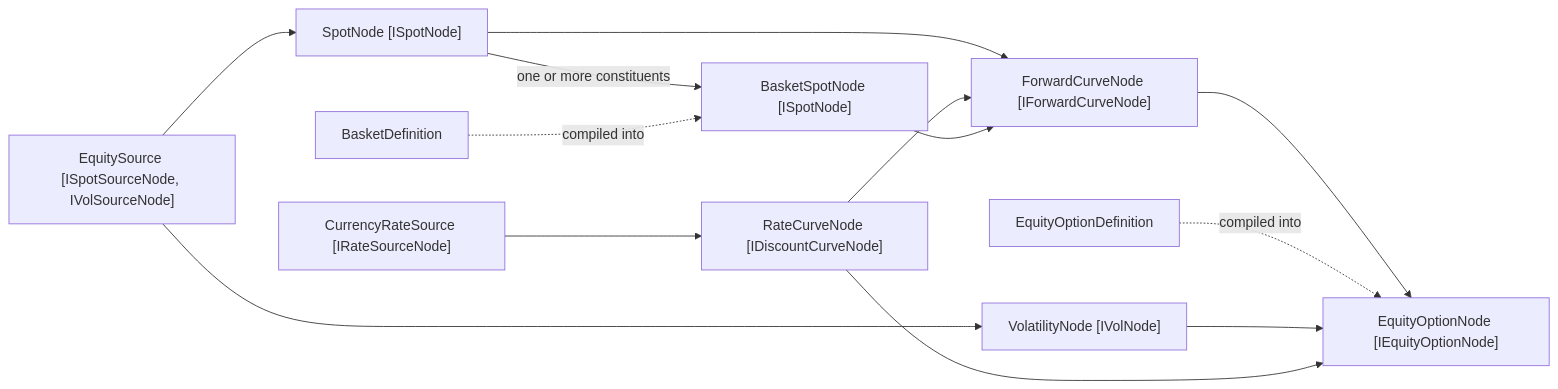
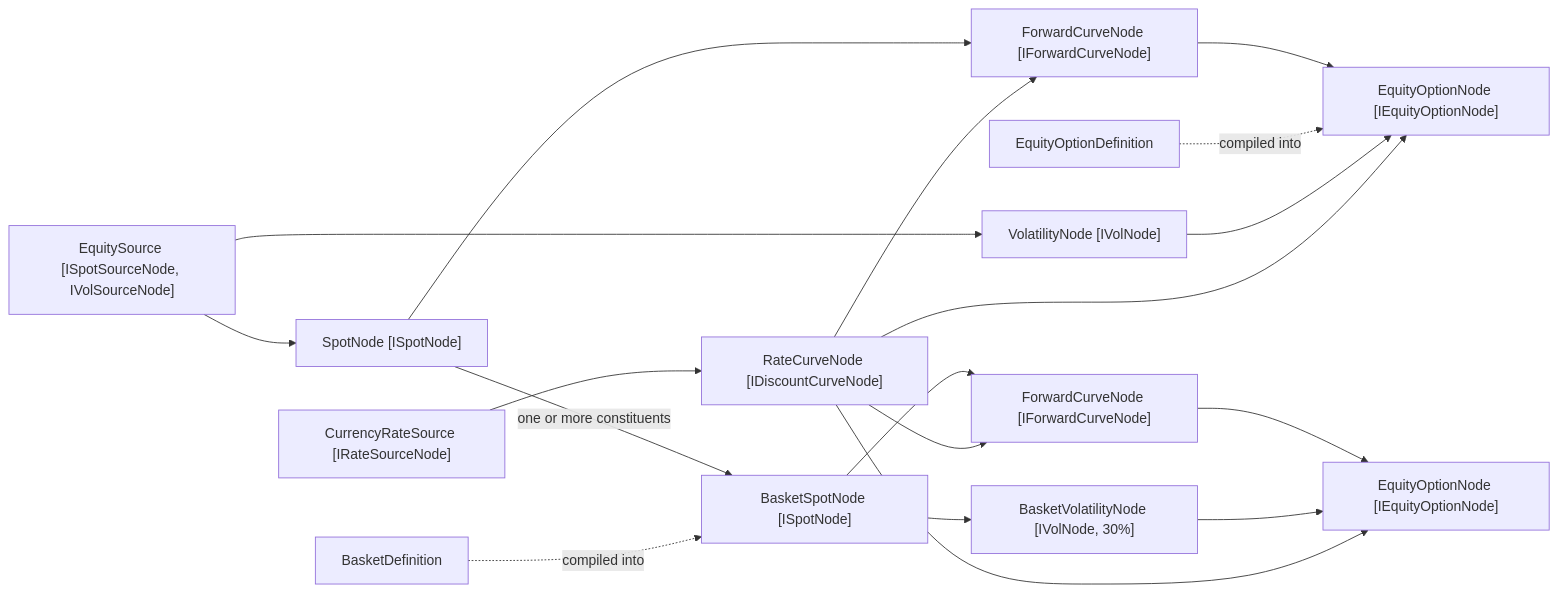
The diagram in README.md (losterbr/EventGraph), drawn with Mermaid before and after one commit. The commit also changed other lines of this file and 7 other files, not shown here.

````diff
--- a/README.md
+++ b/README.md
@@ -15,22 +15,27 @@
 ```mermaid
 flowchart LR
 	equity["EquitySource [ISpotSourceNode, IVolSourceNode]"]
 	rate["CurrencyRateSource [IRateSourceNode]"]
 	basketDefinition["BasketDefinition"]
 	optionDefinition["EquityOptionDefinition"]
 
 	equity --> spot["SpotNode [ISpotNode]"]
 	equity --> volatility["VolatilityNode [IVolNode]"]
 	rate --> discount["RateCurveNode [IDiscountCurveNode]"]
 
 	spot --> forward["ForwardCurveNode [IForwardCurveNode]"]
 	discount --> forward
 	forward --> option["EquityOptionNode [IEquityOptionNode]"]
 	optionDefinition -.->|compiled into| option
 	volatility --> option
 	discount --> option
 
 	spot -->|one or more constituents| basket["BasketSpotNode [ISpotNode]"]
 	basketDefinition -.->|compiled into| basket
-	basket --> forward
+	basket --> basketForward["ForwardCurveNode [IForwardCurveNode]"]
+	discount --> basketForward
+	basketForward --> basketOption["EquityOptionNode [IEquityOptionNode]"]
+	basket --> basketVolatility["BasketVolatilityNode [IVolNode, 30%]"]
+	basketVolatility --> basketOption
+	discount --> basketOption
 ```
````
